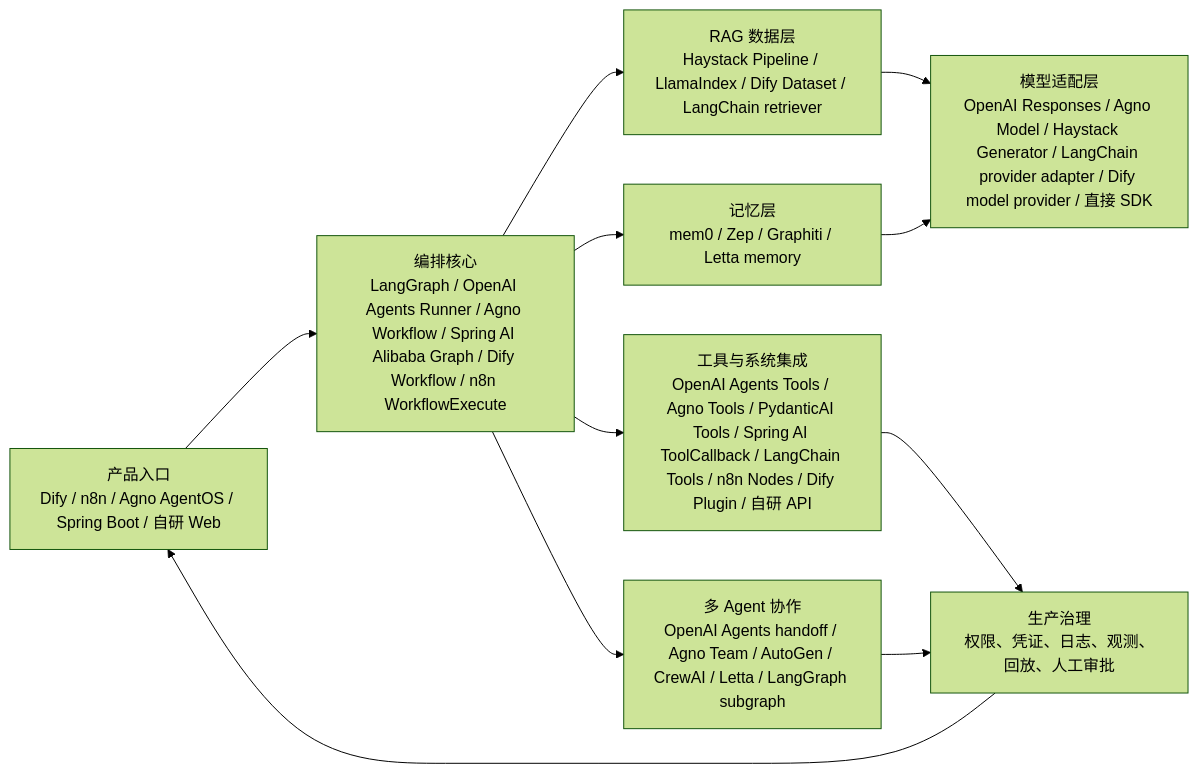
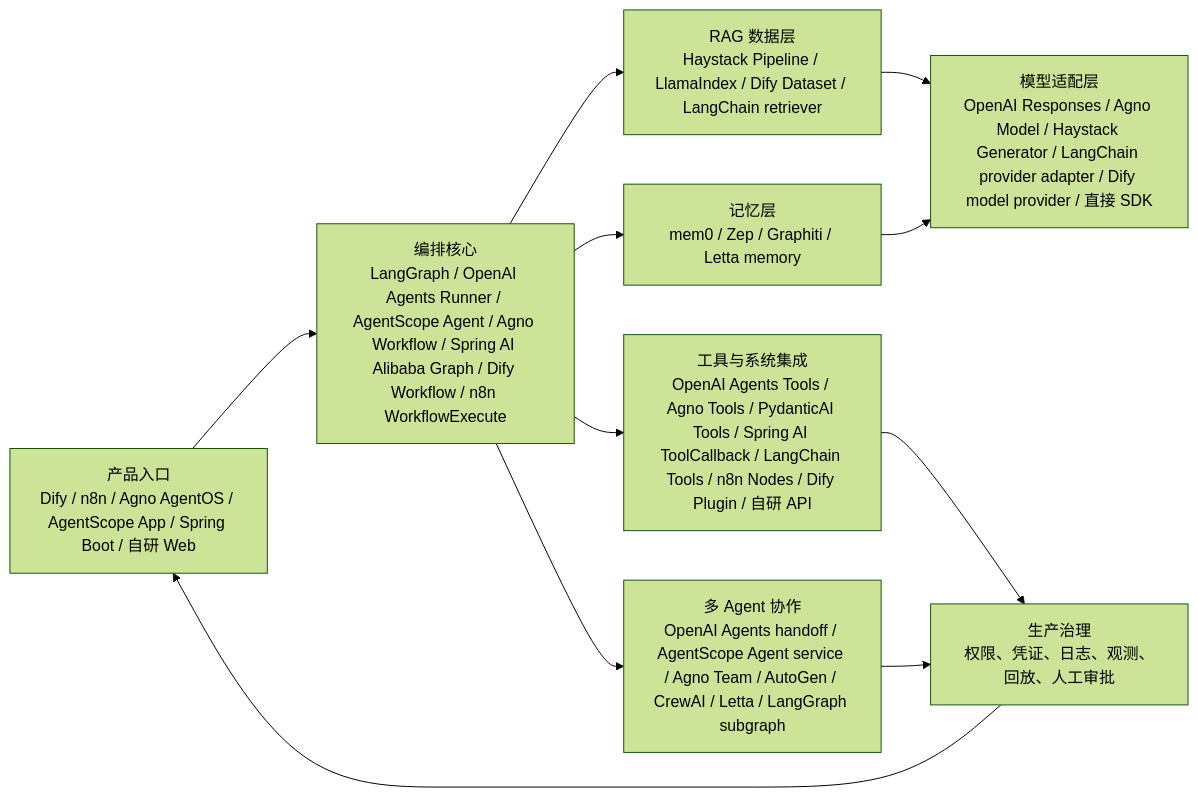
The third of 5 diagrams in docs/cross-framework-analysis/index.md (onlycaizhongwen/llm-framework-internals), drawn with Mermaid (forest theme) before and after one commit. The commit also changed other lines of this file and 8057 other files, not shown here.

````diff
--- a/docs/cross-framework-analysis/index.md
+++ b/docs/cross-framework-analysis/index.md
@@ -149,13 +156,13 @@
 ```mermaid
 flowchart LR
-    UI["产品入口<br/>Dify / n8n / Agno AgentOS / Spring Boot / 自研 Web"] --> Orchestrator["编排核心<br/>LangGraph / OpenAI Agents Runner / Agno Workflow / Spring AI Alibaba Graph / Dify Workflow / n8n WorkflowExecute"]
+    UI["产品入口<br/>Dify / n8n / Agno AgentOS / AgentScope App / Spring Boot / 自研 Web"] --> Orchestrator["编排核心<br/>LangGraph / OpenAI Agents Runner / AgentScope Agent / Agno Workflow / Spring AI Alibaba Graph / Dify Workflow / n8n WorkflowExecute"]
     Orchestrator --> RAG["RAG 数据层<br/>Haystack Pipeline / LlamaIndex / Dify Dataset / LangChain retriever"]
     Orchestrator --> Memory["记忆层<br/>mem0 / Zep / Graphiti / Letta memory"]
     Orchestrator --> Tools["工具与系统集成<br/>OpenAI Agents Tools / Agno Tools / PydanticAI Tools / Spring AI ToolCallback / LangChain Tools / n8n Nodes / Dify Plugin / 自研 API"]
-    Orchestrator --> Agent["多 Agent 协作<br/>OpenAI Agents handoff / Agno Team / AutoGen / CrewAI / Letta / LangGraph subgraph"]
+    Orchestrator --> Agent["多 Agent 协作<br/>OpenAI Agents handoff / AgentScope Agent service / Agno Team / AutoGen / CrewAI / Letta / LangGraph subgraph"]
     RAG --> LLM["模型适配层<br/>OpenAI Responses / Agno Model / Haystack Generator / LangChain provider adapter / Dify model provider / 直接 SDK"]
     Memory --> LLM
     Tools --> Audit["生产治理<br/>权限、凭证、日志、观测、回放、人工审批"]
     Agent --> Audit
     Audit --> UI
 ```
````
